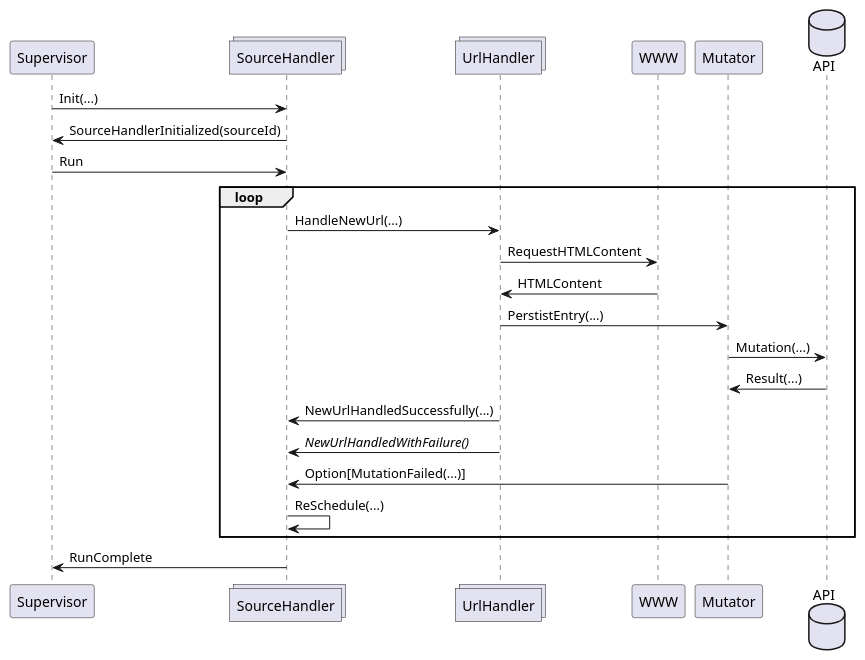
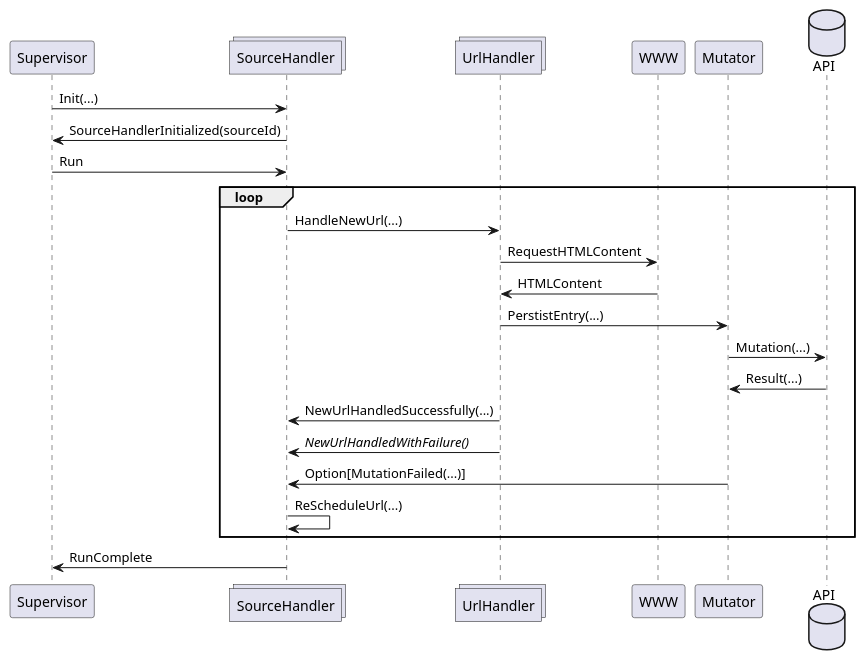
The diagram in doc/proto.puml (coverified/content_extractor), drawn with PlantUML before and after one commit. The commit also changed 1 other file, not shown here.

```diff
--- a/doc/proto.puml
+++ b/doc/proto.puml
@@ -1,29 +1,29 @@
 @startuml
 participant Supervisor
 collections SourceHandler
 collections UrlHandler
 participant WWW
 participant Mutator
 database API
 
 
 Supervisor -> SourceHandler: Init(...)
 SourceHandler -> Supervisor: SourceHandlerInitialized(sourceId)
 Supervisor -> SourceHandler: Run
 
 loop
 SourceHandler -> UrlHandler: HandleNewUrl(...)
 UrlHandler -> WWW: RequestHTMLContent
 WWW -> UrlHandler: HTMLContent
 
 UrlHandler -> Mutator: PerstistEntry(...)
 Mutator -> API: Mutation(...)
 API -> Mutator: Result(...)
 UrlHandler -> SourceHandler: NewUrlHandledSuccessfully(...)
 UrlHandler -> SourceHandler: //NewUrlHandledWithFailure()//
 Mutator -> SourceHandler: Option[MutationFailed(...)]
-SourceHandler -> SourceHandler: ReSchedule(...)
+SourceHandler -> SourceHandler: ReScheduleUrl(...)
 end loop
 
 SourceHandler -> Supervisor:RunComplete
 @enduml
```
